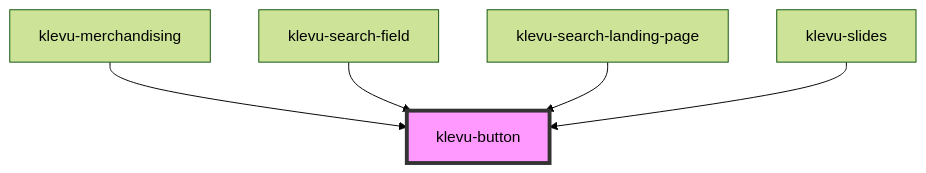
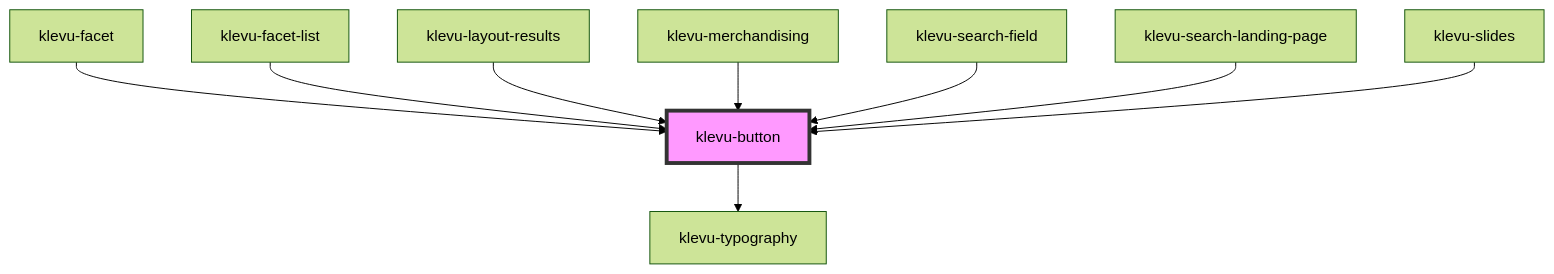
One commit to klevultd/frontend-sdk changed the diagram in packages/klevu-ui/src/components/klevu-button/readme.md. Above: the diagram before and after it, drawn with Mermaid (forest theme). The commit also changed other lines of this file and 199 other files, not shown here.

````diff
--- a/packages/klevu-ui/src/components/klevu-button/readme.md
+++ b/packages/klevu-ui/src/components/klevu-button/readme.md
@@ -23,8 +52,12 @@
 ```mermaid
 graph TD;
+  klevu-button --> klevu-typography
+  klevu-facet --> klevu-button
+  klevu-facet-list --> klevu-button
+  klevu-layout-results --> klevu-button
   klevu-merchandising --> klevu-button
   klevu-search-field --> klevu-button
   klevu-search-landing-page --> klevu-button
   klevu-slides --> klevu-button
   style klevu-button fill:#f9f,stroke:#333,stroke-width:4px
 ```
````
